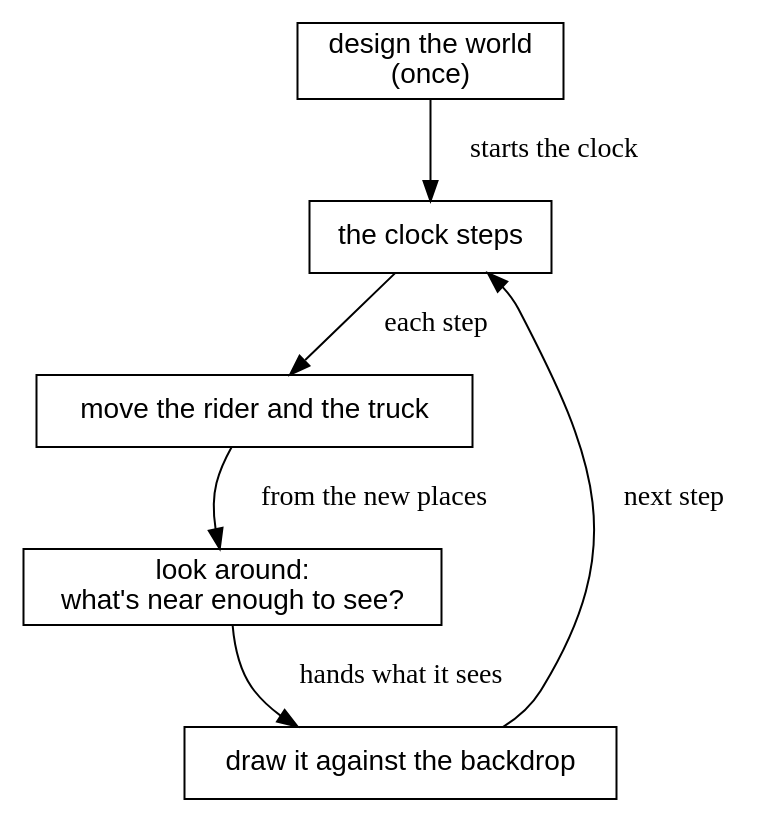
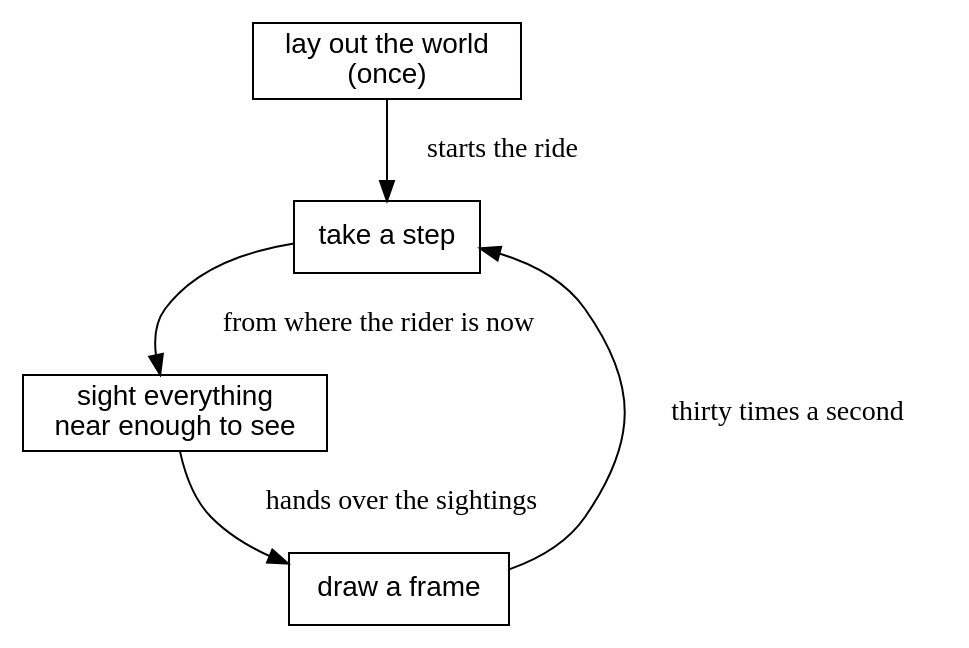
Before and after one commit to showell/roc-apps: the first of 29 diagrams in canvas_apps/safari/tutorial/tutorial.md, drawn with Graphviz. The commit also changed other lines of this file, not shown here.

````diff
--- a/canvas_apps/safari/tutorial/tutorial.md
+++ b/canvas_apps/safari/tutorial/tutorial.md
@@ -31,15 +39,13 @@
 ```dot
 digraph problem {
   node [shape=box, fontname="Helvetica"];
-  world [label="design the world\n(once)"];
-  step [label="the clock steps"];
-  move [label="move the rider and the truck"];
-  look [label="look around:\nwhat's near enough to see?"];
-  draw [label="draw it against the backdrop"];
-  world -> step [label="  starts the clock"];
-  step -> move [label="  each step"];
-  move -> look [label="  from the new places"];
-  look -> draw [label="  hands what it sees"];
-  draw -> step [label="  next step"];
+  world [label="lay out the world\n(once)"];
+  step [label="take a step"];
+  sight [label="sight everything\nnear enough to see"];
+  draw [label="draw a frame"];
+  world -> step [label="  starts the ride"];
+  step -> sight [label="  from where the rider is now"];
+  sight -> draw [label="  hands over the sightings"];
+  draw -> step [label="  thirty times a second"];
 }
 ```
````
